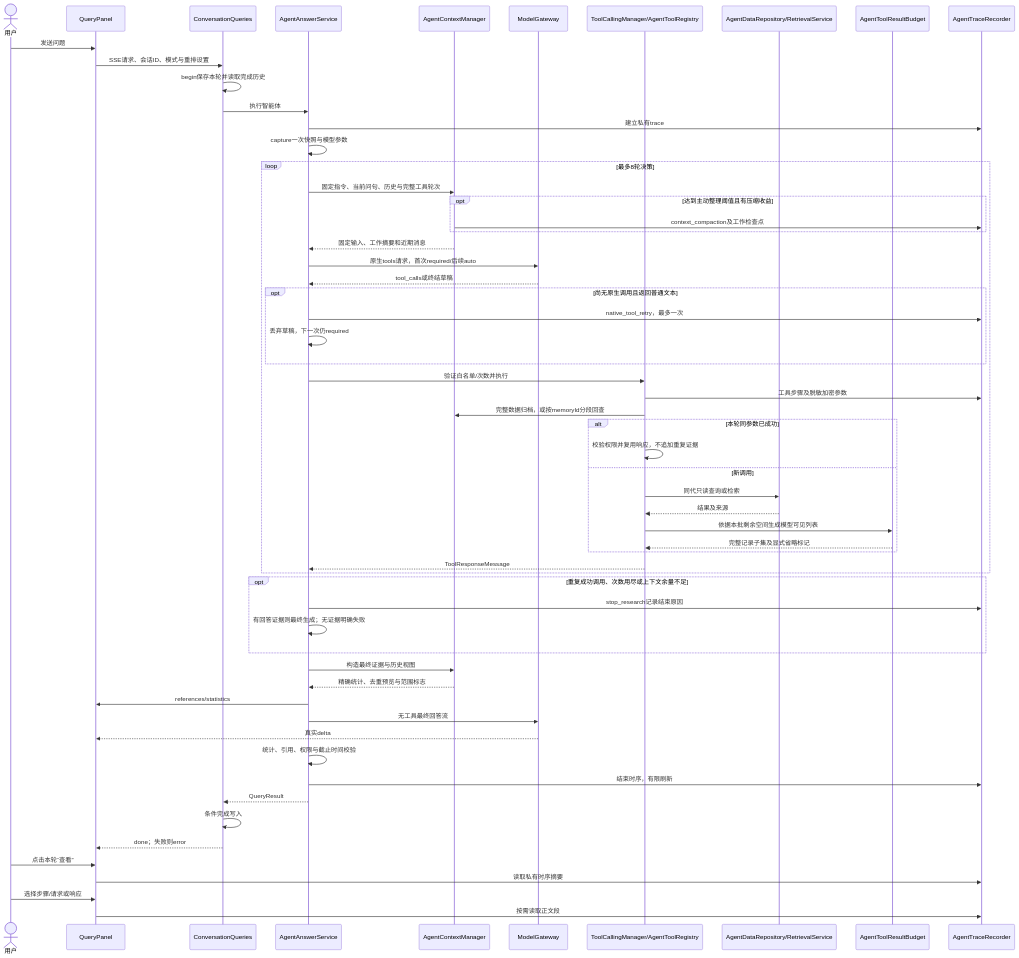
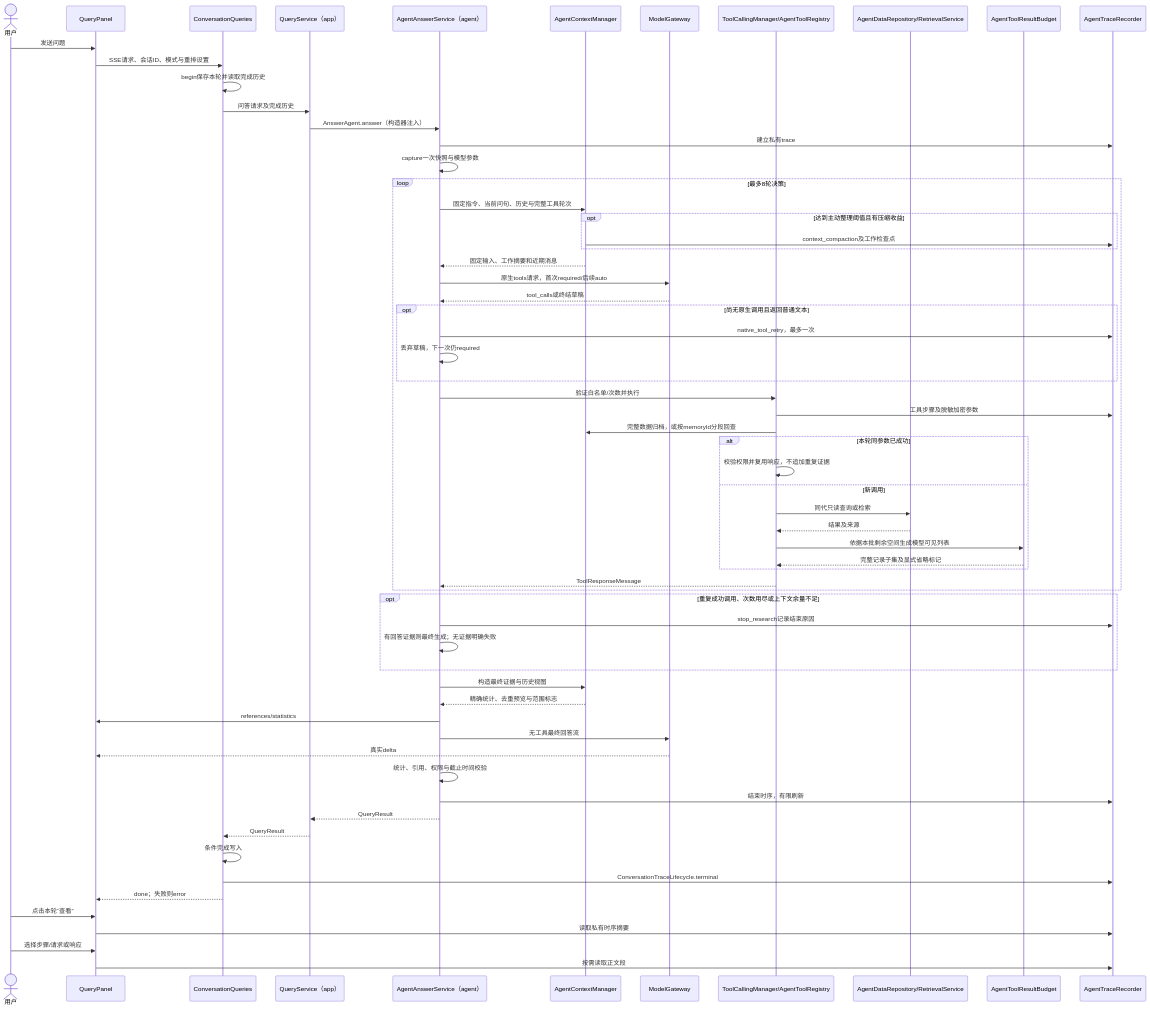
The second of 2 diagrams in docs/智能实现.md (czhcc/TjLightRAG), drawn with Mermaid before and after one commit. The commit also changed other lines of this file and 35 other files, not shown here.

````diff
--- a/docs/智能实现.md
+++ b/docs/智能实现.md
@@ -183,62 +196,66 @@
 ```mermaid
 sequenceDiagram
     actor U as 用户
     participant P as QueryPanel
     participant C as ConversationQueries
-    participant A as AgentAnswerService
+    participant Q as QueryService（app）
+    participant A as AgentAnswerService（agent）
     participant Ctx as AgentContextManager
     participant M as ModelGateway
     participant T as ToolCallingManager/AgentToolRegistry
     participant D as AgentDataRepository/RetrievalService
     participant B as AgentToolResultBudget
     participant R as AgentTraceRecorder
     U->>P: 发送问题
     P->>C: SSE请求、会话ID、模式与重排设置
     C->>C: begin保存本轮并读取完成历史
-    C->>A: 执行智能体
+    C->>Q: 问答请求及完成历史
+    Q->>A: AnswerAgent.answer（构造器注入）
     A->>R: 建立私有trace
     A->>A: capture一次快照与模型参数
     loop 最多8轮决策
         A->>Ctx: 固定指令、当前问句、历史与完整工具轮次
         opt 达到主动整理阈值且有压缩收益
             Ctx->>R: context_compaction及工作检查点
         end
         Ctx-->>A: 固定输入、工作摘要和近期消息
         A->>M: 原生tools请求，首次required/后续auto
         M-->>A: tool_calls或终结草稿
         opt 尚无原生调用且返回普通文本
             A->>R: native_tool_retry，最多一次
             A->>A: 丢弃草稿，下一次仍required
         end
         A->>T: 验证白名单/次数并执行
         T->>R: 工具步骤及脱敏加密参数
         T->>Ctx: 完整数据归档，或按memoryId分段回查
         alt 本轮同参数已成功
             T->>T: 校验权限并复用响应，不追加重复证据
         else 新调用
             T->>D: 同代只读查询或检索
             D-->>T: 结果及来源
             T->>B: 依据本批剩余空间生成模型可见列表
             B-->>T: 完整记录子集及显式省略标记
         end
         T-->>A: ToolResponseMessage
     end
     opt 重复成功调用、次数用尽或上下文余量不足
         A->>R: stop_research记录结束原因
         A->>A: 有回答证据则最终生成；无证据明确失败
     end
     A->>Ctx: 构造最终证据与历史视图
     Ctx-->>A: 精确统计、去重预览与范围标志
     A->>P: references/statistics
     A->>M: 无工具最终回答流
     M-->>P: 真实delta
     A->>A: 统计、引用、权限与截止时间校验
     A->>R: 结束时序，有限刷新
-    A-->>C: QueryResult
+    A-->>Q: QueryResult
+    Q-->>C: QueryResult
     C->>C: 条件完成写入
+    C->>R: ConversationTraceLifecycle.terminal
     C-->>P: done；失败则error
     U->>P: 点击本轮“查看”
     P->>R: 读取私有时序摘要
     U->>P: 选择步骤/请求或响应
     P->>R: 按需读取正文段
 ```
````
